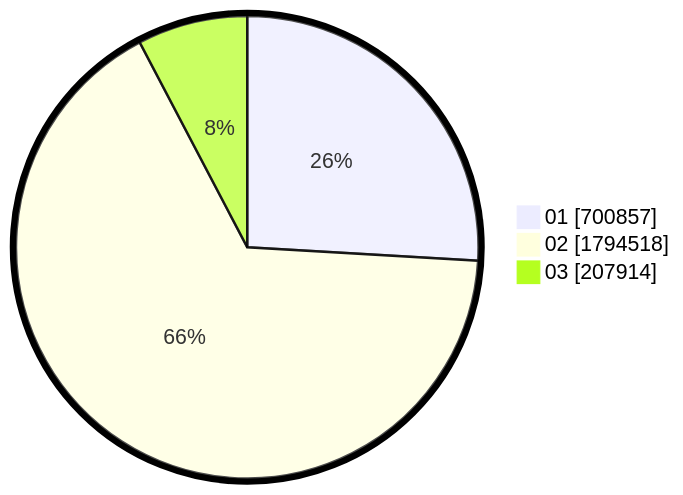
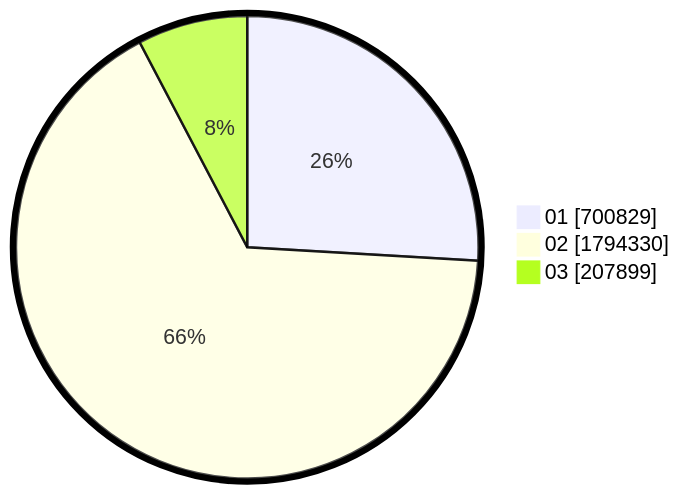
The second of 2 diagrams in pilpres/hitung-suara/sub/table-wilayah-52.md (gigit-pemilu/pemilu-2024), drawn with Mermaid before and after one commit. The commit also changed other lines of this file and 6 other files, not shown here.

````diff
--- a/pilpres/hitung-suara/sub/table-wilayah-52.md
+++ b/pilpres/hitung-suara/sub/table-wilayah-52.md
@@ -15,7 +15,7 @@
 ```mermaid
 %%{init: {"pie": {"textPosition": 0.5}, "themeVariables": {"pieOuterStrokeWidth": "5px"}} }%%
 pie showData
-    "01" : 700857
-    "02" : 1794518
-    "03" : 207914
+    "01" : 700829
+    "02" : 1794330
+    "03" : 207899
 ```
````
